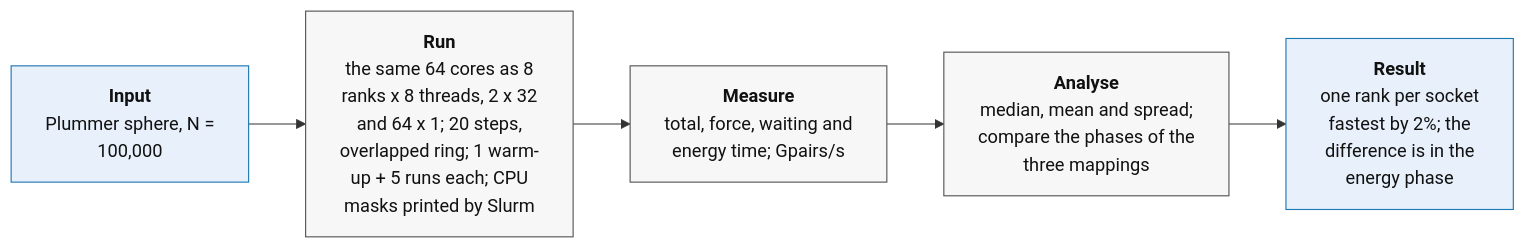
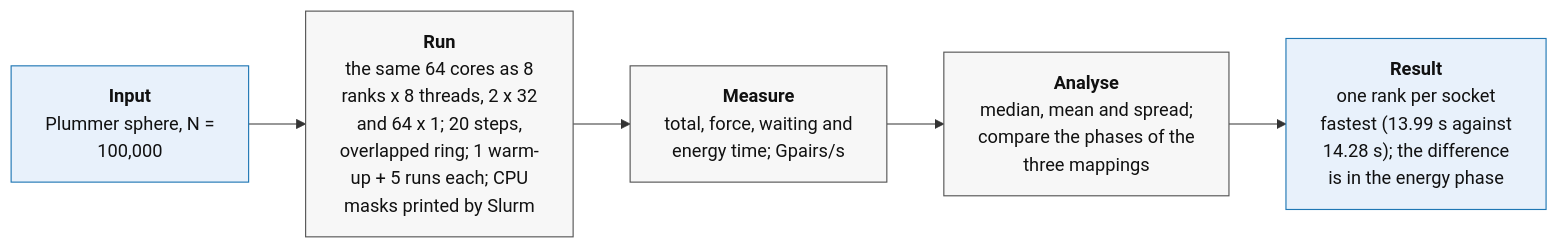
The sixth of 16 diagrams in Nbody_serial/FINAL_REPORT.md (emmadariol/HPC_exam), drawn with Mermaid before and after one commit. The commit also changed other lines of this file, not shown here.

````diff
--- a/Nbody_serial/FINAL_REPORT.md
+++ b/Nbody_serial/FINAL_REPORT.md
@@ -467,13 +467,13 @@
 ```mermaid
 flowchart LR
   A["<b>Input</b><br/>Plummer sphere, N =<br/>100,000"]
   B["<b>Run</b><br/>the same 64 cores as 8<br/>ranks x 8 threads, 2 x 32<br/>and 64 x 1; 20 steps,<br/>overlapped ring; 1 warm-<br/>up + 5 runs each; CPU<br/>masks printed by Slurm"]
   C["<b>Measure</b><br/>total, force, waiting and<br/>energy time; Gpairs/s"]
   D["<b>Analyse</b><br/>median, mean and spread;<br/>compare the phases of the<br/>three mappings"]
-  E["<b>Result</b><br/>one rank per socket<br/>fastest by 2%; the<br/>difference is in the<br/>energy phase"]
+  E["<b>Result</b><br/>one rank per socket<br/>fastest (13.99 s against<br/>14.28 s); the difference<br/>is in the energy phase"]
   A --> B --> C --> D --> E
   classDef io fill:#e8f1fb,stroke:#1f77b4,color:#111;
   classDef step fill:#f7f7f7,stroke:#555,color:#111;
   class A,E io;
   class B,C,D step;
 ```
````
